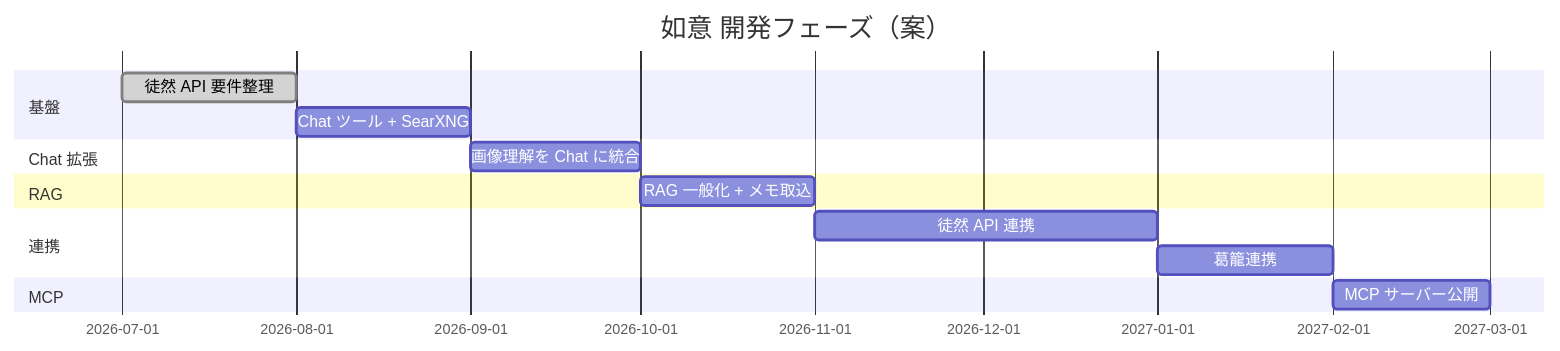
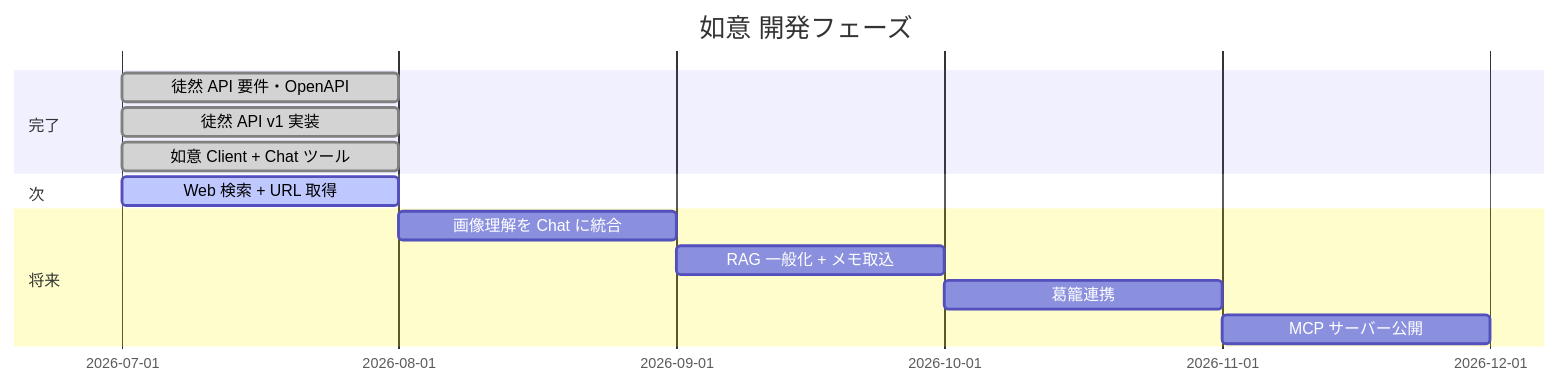
One commit to KBMemo/nyoy changed the second of 2 diagrams in docs/ecosystem-roadmap.md. Above: the diagram before and after it, drawn with Mermaid. The commit also changed other lines of this file and 37 other files, not shown here.

First line of the commit message:
Add Chat web tools and surface LLM failures in the UI.

````diff
--- a/docs/ecosystem-roadmap.md
+++ b/docs/ecosystem-roadmap.md
@@ -189,17 +203,16 @@
 ```mermaid
 gantt
-  title 如意 開発フェーズ（案）
+  title 如意 開発フェーズ
   dateFormat YYYY-MM
-  section 基盤
-  徒然 API 要件整理           :done, p0, 2026-07, 1M
-  Chat ツール + SearXNG       :p1, after p0, 1M
-  section Chat 拡張
+  section 完了
+  徒然 API 要件・OpenAPI     :done, p0, 2026-07, 1M
+  徒然 API v1 実装            :done, p4a, 2026-07, 1M
+  如意 Client + Chat ツール   :done, p4b, 2026-07, 1M
+  section 次
+  Web 検索 + URL 取得         :active, p1, 2026-07, 1M
+  section 将来
   画像理解を Chat に統合       :p2, after p1, 1M
-  section RAG
   RAG 一般化 + メモ取込        :p3, after p2, 1M
-  section 連携
-  徒然 API 連携               :p4, after p3, 2M
-  葛籠連携                    :p5, after p4, 1M
-  section MCP
+  葛籠連携                    :p5, after p3, 1M
   MCP サーバー公開            :p6, after p5, 1M
 ```
````
